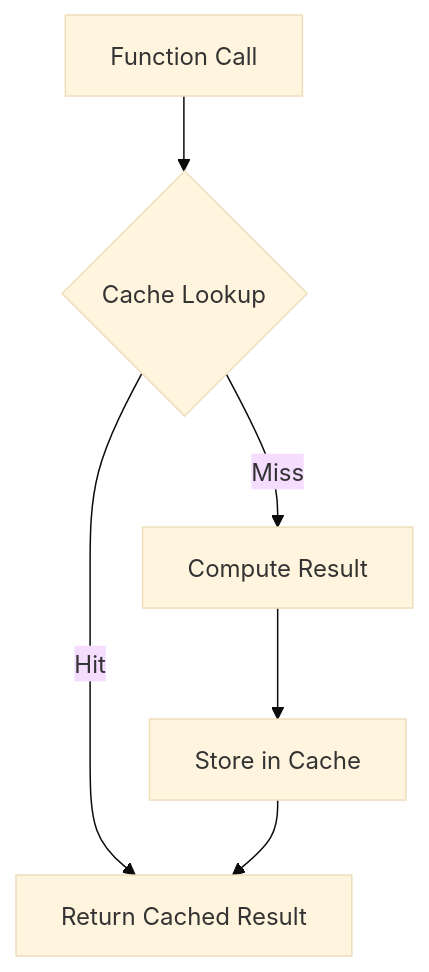
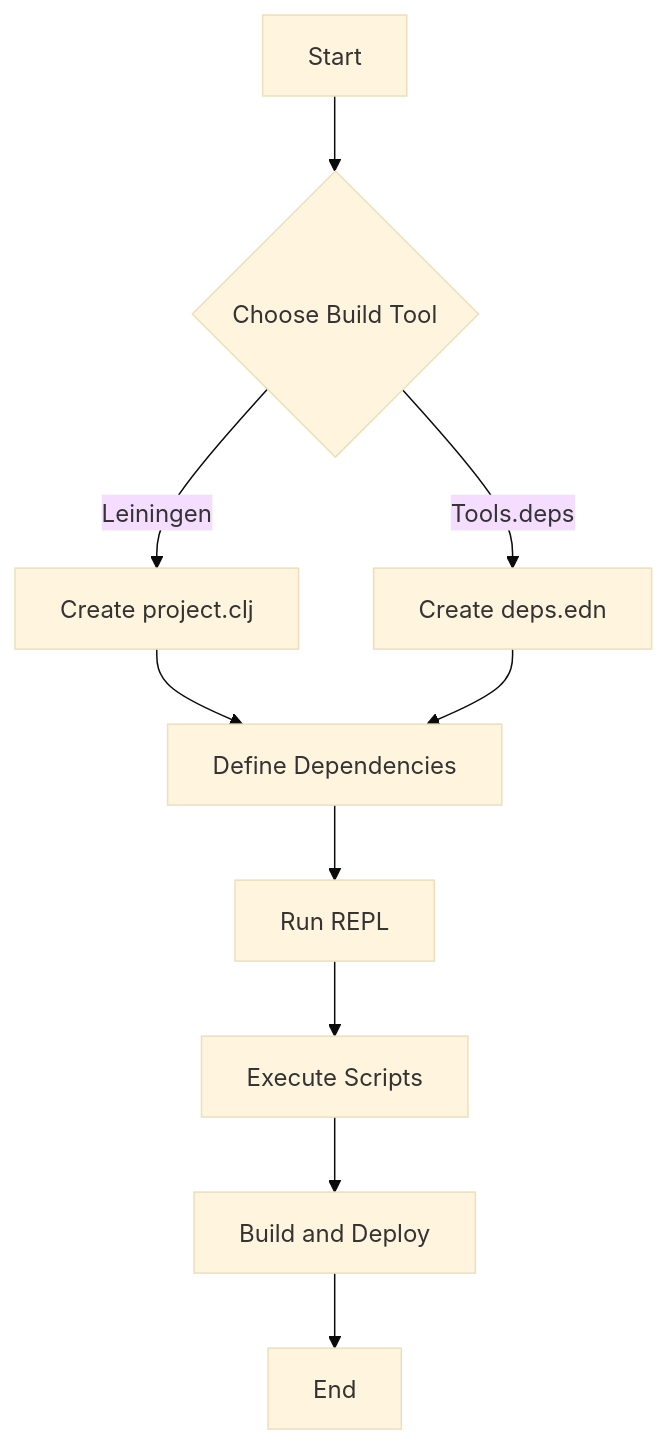
Before and after one commit to MasteryEducation/SoftwarePatternsLexicon.com: the diagram in content/patterns-clojure/4/9/index.md, drawn with Mermaid (base theme). The commit also changed other lines of this file and 462 other files, not shown here.

````diff
--- a/content/patterns-clojure/4/9/index.md
+++ b/content/patterns-clojure/4/9/index.md
@@ -44,8 +166,12 @@
 ```mermaid
 graph TD;
-    A[Function Call] --> B{Cache Lookup};
-    B -->|Hit| C[Return Cached Result];
-    B -->|Miss| D[Compute Result];
-    D --> E[Store in Cache];
-    E --> C;
+    A[Start] --> B{Choose Build Tool};
+    B -->|Leiningen| C[Create project.clj];
+    B -->|Tools.deps| D[Create deps.edn];
+    C --> E[Define Dependencies];
+    D --> E;
+    E --> F[Run REPL];
+    F --> G[Execute Scripts];
+    G --> H[Build and Deploy];
+    H --> I[End];
 ```
````
